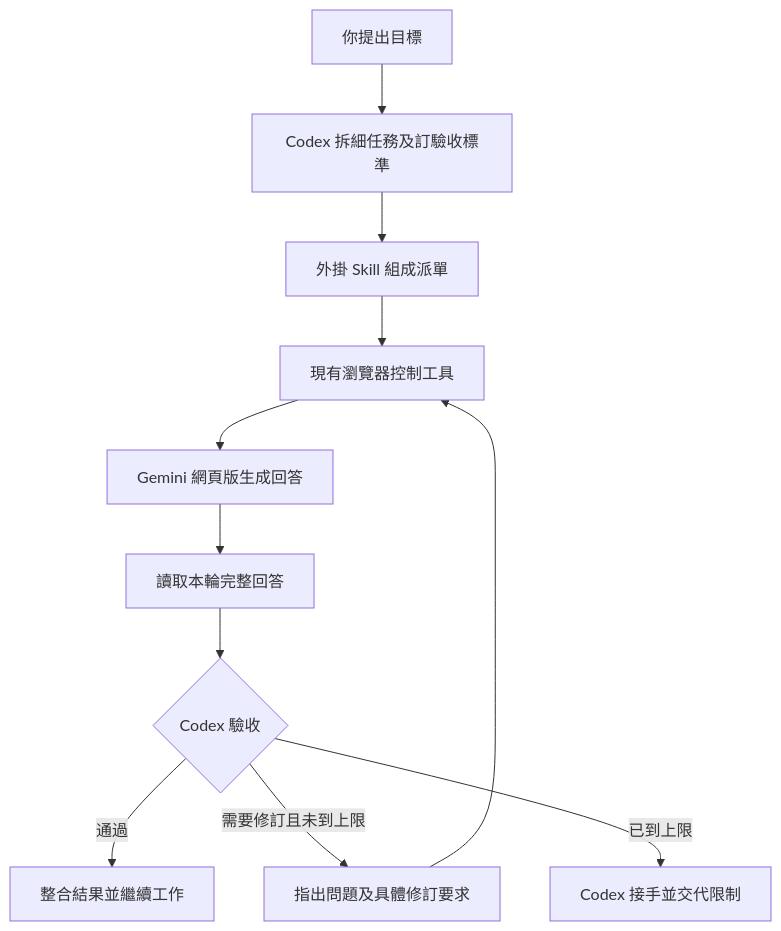
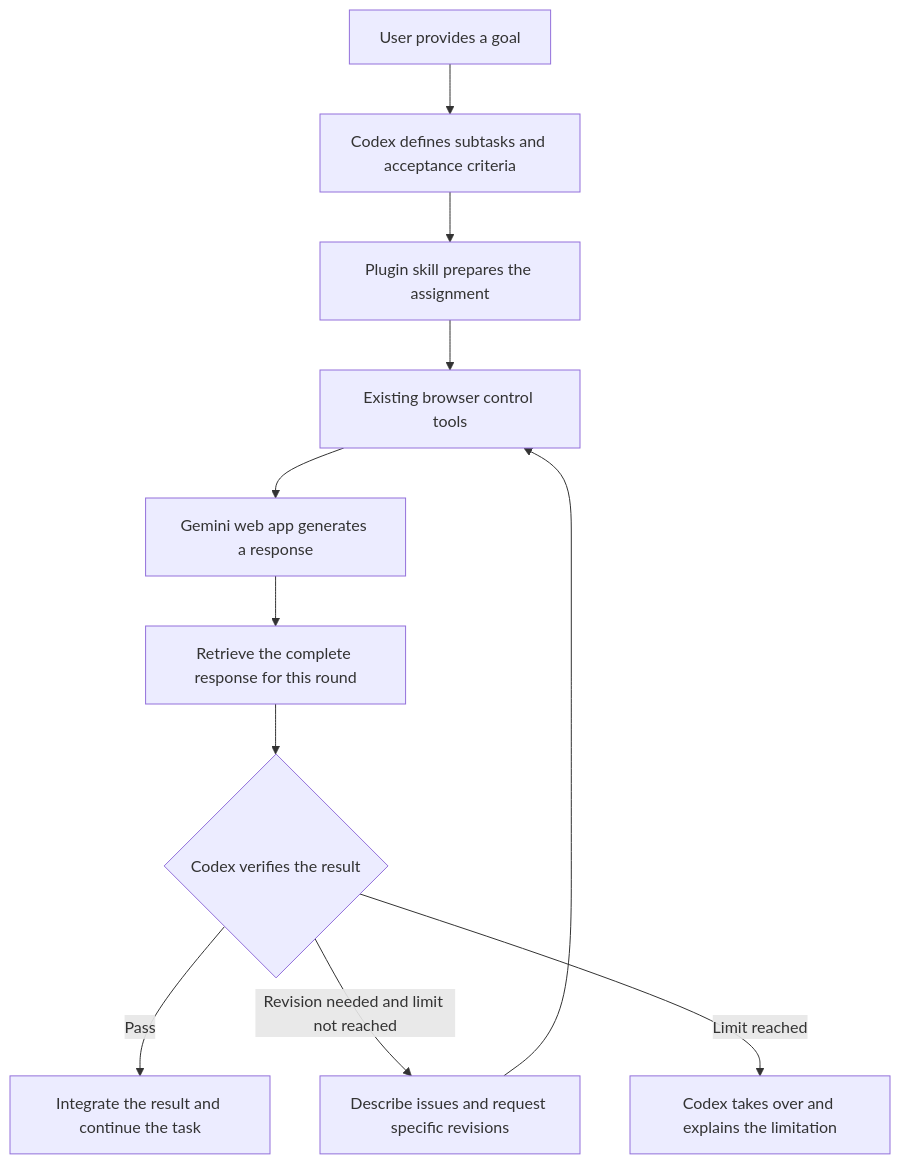
The diagram in README.md (kenktchau-cmyk/gemini-web-worker), drawn with Mermaid before and after one commit. The commit also changed other lines of this file and 1 other file, not shown here.

````diff
--- a/README.md
+++ b/README.md
@@ -7,13 +9,13 @@
 ```mermaid
 flowchart TD
-    U[你提出目標] --> C[Codex 拆細任務及訂驗收標準]
-    C --> S[外掛 Skill 組成派單]
-    S --> B[現有瀏覽器控制工具]
-    B --> G[Gemini 網頁版生成回答]
-    G --> R[讀取本輪完整回答]
-    R --> V{Codex 驗收}
-    V -->|通過| I[整合結果並繼續工作]
-    V -->|需要修訂且未到上限| F[指出問題及具體修訂要求]
+    U[User provides a goal] --> C[Codex defines subtasks and acceptance criteria]
+    C --> S[Plugin skill prepares the assignment]
+    S --> B[Existing browser control tools]
+    B --> G[Gemini web app generates a response]
+    G --> R[Retrieve the complete response for this round]
+    R --> V{Codex verifies the result}
+    V -->|Pass| I[Integrate the result and continue the task]
+    V -->|Revision needed and limit not reached| F[Describe issues and request specific revisions]
     F --> B
-    V -->|已到上限| L[Codex 接手並交代限制]
+    V -->|Limit reached| L[Codex takes over and explains the limitation]
 ```
````
